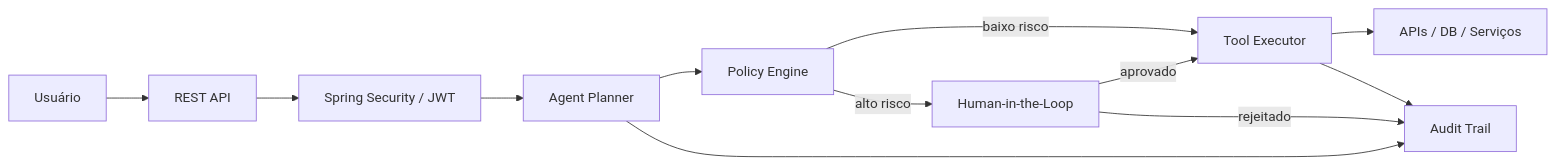
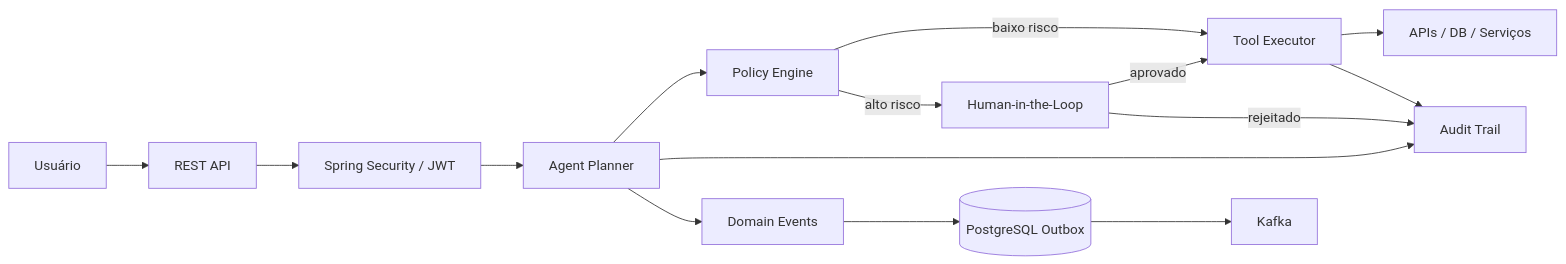
The first of 4 diagrams in docs/ARCHITECTURE.md (juceliocoelho2022/secure-agent-hub), drawn with Mermaid before and after one commit. The commit also changed other lines of this file and 29 other files, not shown here.

First line of the commit message:
feat: complete v1.2 event-driven architecture

````diff
--- a/docs/ARCHITECTURE.md
+++ b/docs/ARCHITECTURE.md
@@ -11,14 +11,17 @@
 ```mermaid
 flowchart LR
     U[Usuário] --> API[REST API]
     API --> SEC[Spring Security / JWT]
     SEC --> AG[Agent Planner]
     AG --> POL[Policy Engine]
     POL -->|baixo risco| TOOL[Tool Executor]
     POL -->|alto risco| HITL[Human-in-the-Loop]
     HITL -->|aprovado| TOOL
     HITL -->|rejeitado| AUD[Audit Trail]
     TOOL --> SYS[APIs / DB / Serviços]
     TOOL --> AUD
     AG --> AUD
+    AG --> EVT[Domain Events]
+    EVT --> OUTBOX[(PostgreSQL Outbox)]
+    OUTBOX --> K[Kafka]
 ```
````
